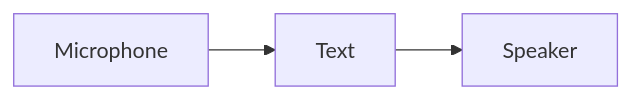
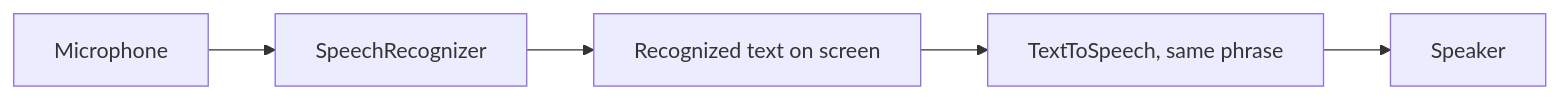
The diagram in lab-speech/README.md (mohamedmabrouk582/Android-Ai-Lab), drawn with Mermaid before and after one commit. The commit also changed other lines of this file and 41 other files, not shown here.

````diff
--- a/lab-speech/README.md
+++ b/lab-speech/README.md
@@ -13,4 +25,7 @@
 ```mermaid
 flowchart LR
-  n0["Microphone"] --> n1["Text"] --> n2["Speaker"]
+  mic["Microphone"] --> recognizer["SpeechRecognizer"]
+  recognizer --> text["Recognized text on screen"]
+  text --> tts["TextToSpeech, same phrase"]
+  tts --> speaker["Speaker"]
 ```
````
